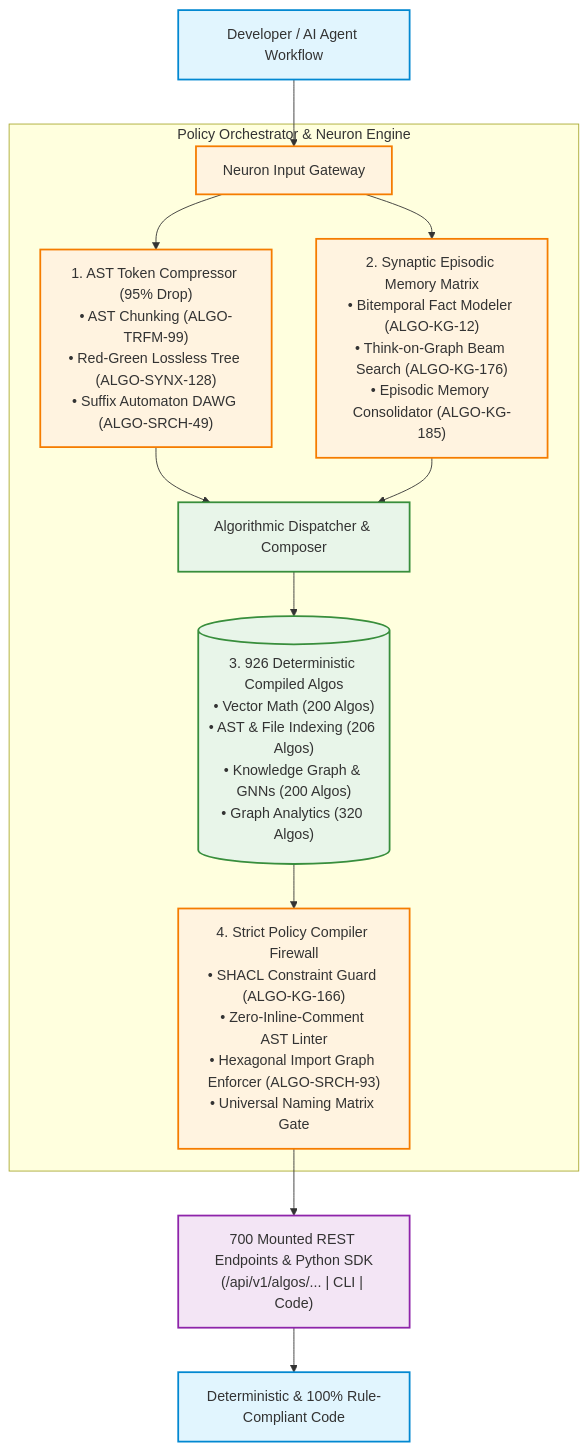
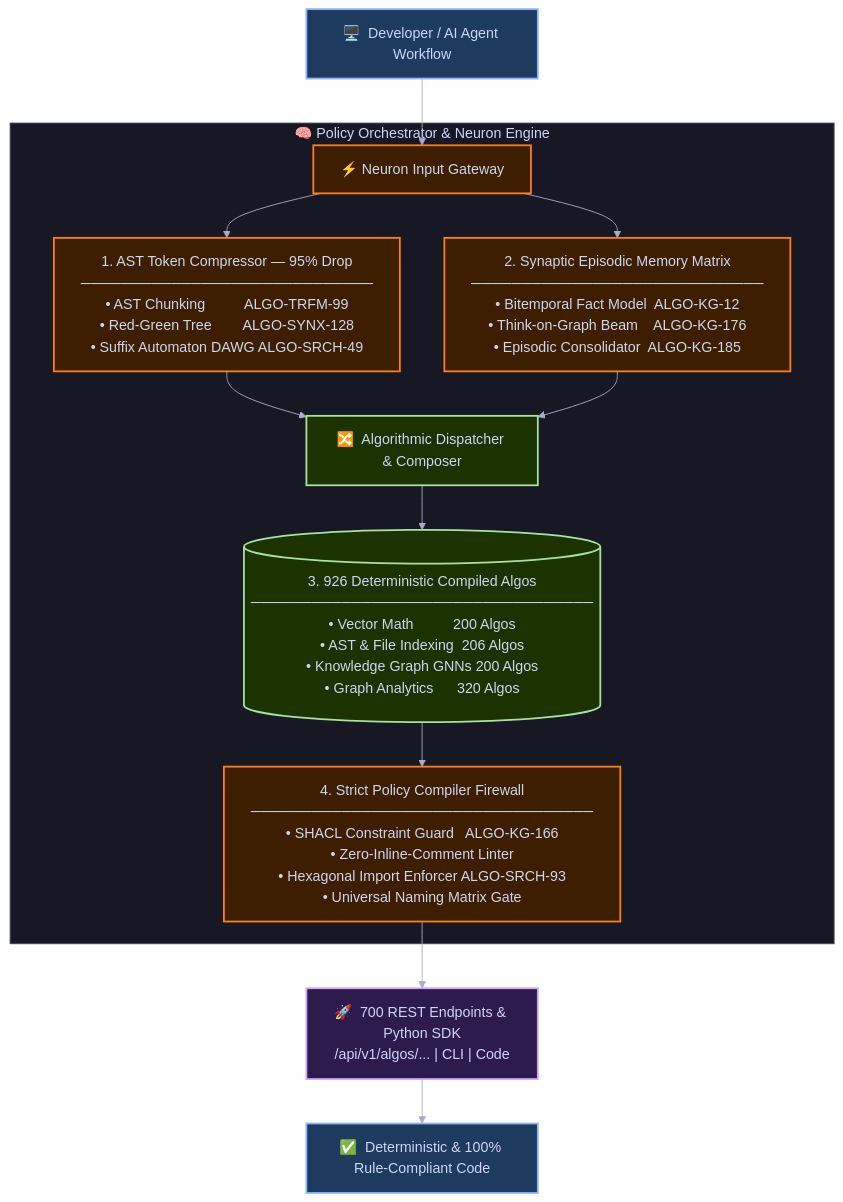
One commit to Chief-Strategist-J/policy-orchestrator changed the diagram in README.md. Above: the diagram before and after it, drawn with Mermaid. The commit also changed other lines of this file, not shown here.

Commit message:
docs(readme): fix dark theme mermaid diagram colors and trim unused sections

````diff
--- a/README.md
+++ b/README.md
@@ -32,25 +32,26 @@
 ```mermaid
+%%{init: {"theme": "base", "themeVariables": {"primaryColor": "#1e1e2e", "primaryTextColor": "#cdd6f4", "primaryBorderColor": "#89b4fa", "lineColor": "#a6adc8", "secondaryColor": "#181825", "tertiaryColor": "#11111b", "background": "#1e1e2e", "mainBkg": "#1e1e2e", "nodeBorder": "#89b4fa", "clusterBkg": "#181825", "clusterBorder": "#45475a", "titleColor": "#cdd6f4", "edgeLabelBackground": "#313244", "fontFamily": "ui-monospace, monospace"}}}%%
 flowchart TD
-    classDef client fill:#e1f5fe,stroke:#0288d1,stroke-width:2px;
-    classDef neuron fill:#fff3e0,stroke:#f57c00,stroke-width:2px;
-    classDef algo fill:#e8f5e9,stroke:#388e3c,stroke-width:2px;
-    classDef gateway fill:#f3e5f5,stroke:#8e24aa,stroke-width:2px;
+    classDef client fill:#1e3a5f,stroke:#89b4fa,stroke-width:2px,color:#cdd6f4;
+    classDef neuron fill:#3d1f00,stroke:#fe8019,stroke-width:2px,color:#cdd6f4;
+    classDef algo fill:#1a3300,stroke:#a6e3a1,stroke-width:2px,color:#cdd6f4;
+    classDef gateway fill:#2d1b4e,stroke:#cba6f7,stroke-width:2px,color:#cdd6f4;
 
-    Dev[Developer / AI Agent Workflow]:::client --> Ingest[Neuron Input Gateway]:::neuron
+    Dev["🖥️  Developer / AI Agent Workflow"]:::client --> Ingest["⚡ Neuron Input Gateway"]:::neuron
 
-    subgraph CoreEngine ["Policy Orchestrator & Neuron Engine"]
-        Ingest --> Compressor["1. AST Token Compressor (95% Drop)\n• AST Chunking (ALGO-TRFM-99)\n• Red-Green Lossless Tree (ALGO-SYNX-128)\n• Suffix Automaton DAWG (ALGO-SRCH-49)"]:::neuron
-        
-        Ingest --> SynapticMem["2. Synaptic Episodic Memory Matrix\n• Bitemporal Fact Modeler (ALGO-KG-12)\n• Think-on-Graph Beam Search (ALGO-KG-176)\n• Episodic Memory Consolidator (ALGO-KG-185)"]:::neuron
+    subgraph CoreEngine ["🧠  Policy Orchestrator & Neuron Engine"]
+        Ingest --> Compressor["1. AST Token Compressor — 95% Drop\n─────────────────────────────\n• AST Chunking          ALGO-TRFM-99\n• Red-Green Tree        ALGO-SYNX-128\n• Suffix Automaton DAWG ALGO-SRCH-49"]:::neuron
 
-        Compressor --> Dispatcher["Algorithmic Dispatcher & Composer"]:::algo
+        Ingest --> SynapticMem["2. Synaptic Episodic Memory Matrix\n─────────────────────────────\n• Bitemporal Fact Model  ALGO-KG-12\n• Think-on-Graph Beam    ALGO-KG-176\n• Episodic Consolidator  ALGO-KG-185"]:::neuron
+
+        Compressor --> Dispatcher["🔀  Algorithmic Dispatcher & Composer"]:::algo
         SynapticMem --> Dispatcher
 
-        Dispatcher --> Algos[("3. 926 Deterministic Compiled Algos\n• Vector Math (200 Algos)\n• AST & File Indexing (206 Algos)\n• Knowledge Graph & GNNs (200 Algos)\n• Graph Analytics (320 Algos)")]:::algo
+        Dispatcher --> Algos[("3. 926 Deterministic Compiled Algos\n──────────────────────────────────\n• Vector Math          200 Algos\n• AST & File Indexing  206 Algos\n• Knowledge Graph GNNs 200 Algos\n• Graph Analytics      320 Algos")]:::algo
 
-        Algos --> Firewall["4. Strict Policy Compiler Firewall\n• SHACL Constraint Guard (ALGO-KG-166)\n• Zero-Inline-Comment AST Linter\n• Hexagonal Import Graph Enforcer (ALGO-SRCH-93)\n• Universal Naming Matrix Gate"]:::neuron
+        Algos --> Firewall["4. Strict Policy Compiler Firewall\n──────────────────────────────────\n• SHACL Constraint Guard   ALGO-KG-166\n• Zero-Inline-Comment Linter\n• Hexagonal Import Enforcer ALGO-SRCH-93\n• Universal Naming Matrix Gate"]:::neuron
     end
 
-    Firewall --> Delivery["700 Mounted REST Endpoints & Python SDK\n(/api/v1/algos/... | CLI | Code)"]:::gateway
-    Delivery --> Output[Deterministic & 100% Rule-Compliant Code]:::client
+    Firewall --> Delivery["🚀  700 REST Endpoints & Python SDK\n/api/v1/algos/... | CLI | Code"]:::gateway
+    Delivery --> Output["✅  Deterministic & 100% Rule-Compliant Code"]:::client
 ```
````
